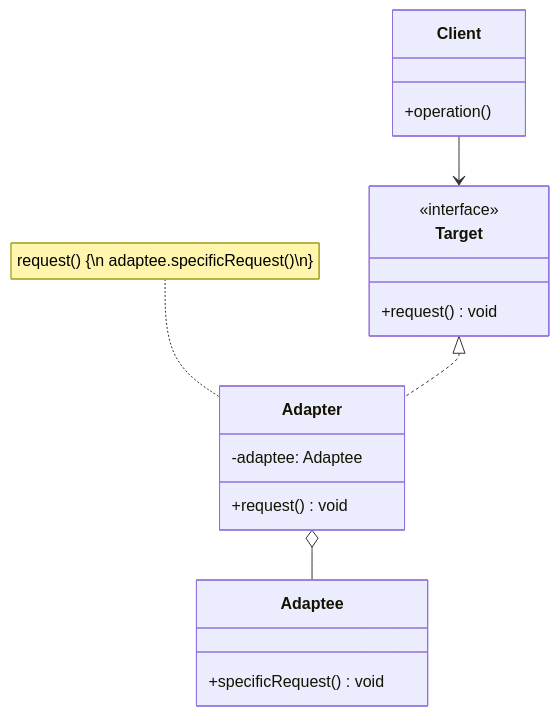
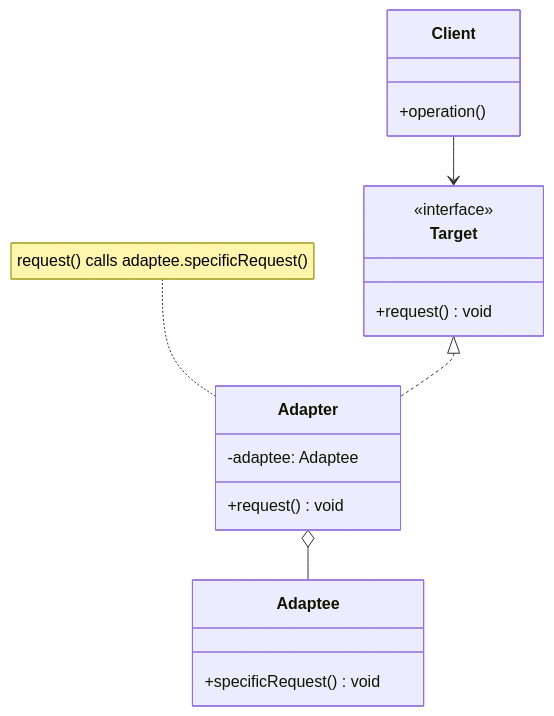
One commit to Brebu/Quizz changed diagram 16 of 55 in chapters/cap13-design-patterns-diag.md. Above: the diagram before and after it, drawn with Mermaid. The commit also changed other lines of this file and 1 other file, not shown here.

````diff
--- a/chapters/cap13-design-patterns-diag.md
+++ b/chapters/cap13-design-patterns-diag.md
@@ -520,26 +520,26 @@
 ```mermaid
 classDiagram
     class Target {
         <<interface>>
         +request() void
     }
     
     class Adapter {
         -adaptee: Adaptee
         +request() void
     }
     
     class Adaptee {
         +specificRequest() void
     }
     
     class Client {
         +operation()
     }
     
     Target <|.. Adapter
     Adapter o-- Adaptee
     Client --> Target
     
-    note for Adapter "request() {\n  adaptee.specificRequest()\n}"
+    note for Adapter "request() calls adaptee.specificRequest()"
 ```
````
